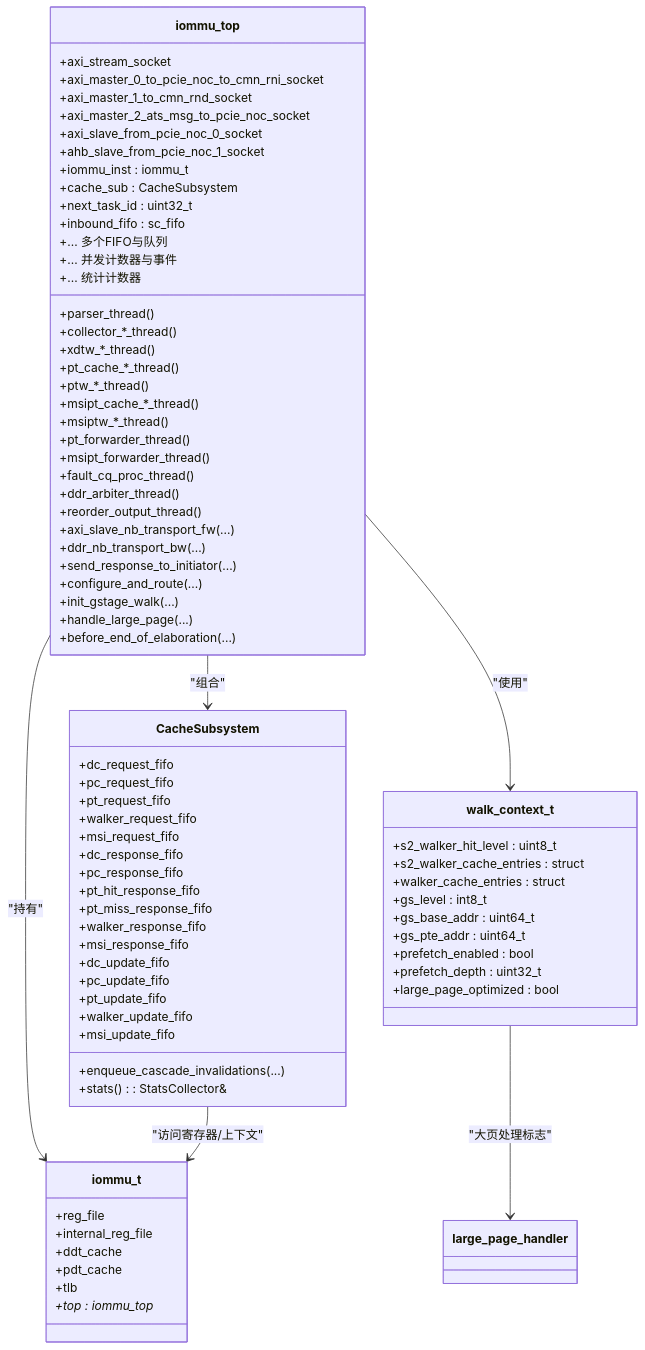
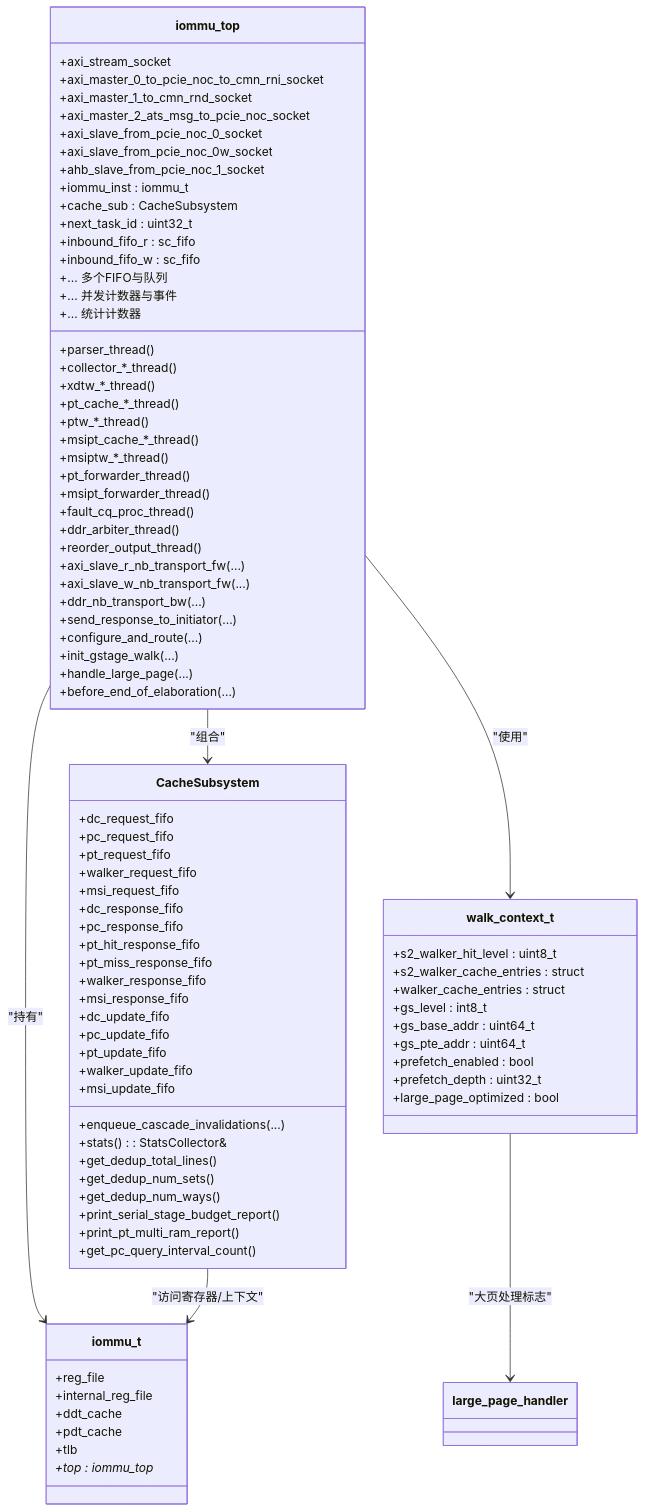
The third of 10 diagrams in .qoder/repowiki/zh/content/核心架构/顶层模块设计.md (jiangjiang1122/iommu_model_20260401_v1), drawn with Mermaid before and after one commit. The commit also changed other lines of this file and 55 other files, not shown here.

```diff
--- a/.qoder/repowiki/zh/content/核心架构/顶层模块设计.md
+++ b/.qoder/repowiki/zh/content/核心架构/顶层模块设计.md
@@ -179,11 +189,13 @@
 +axi_master_1_to_cmn_rnd_socket
 +axi_master_2_ats_msg_to_pcie_noc_socket
 +axi_slave_from_pcie_noc_0_socket
++axi_slave_from_pcie_noc_0w_socket
 +ahb_slave_from_pcie_noc_1_socket
 +iommu_inst : iommu_t
 +cache_sub : CacheSubsystem
 +next_task_id : uint32_t
-+inbound_fifo : sc_fifo<iommu_task_t*>
++inbound_fifo_r : sc_fifo<iommu_task_t*>
++inbound_fifo_w : sc_fifo<iommu_task_t*>
 +... 多个FIFO与队列
 +... 并发计数器与事件
 +... 统计计数器
@@ -199,7 +211,8 @@
 +fault_cq_proc_thread()
 +ddr_arbiter_thread()
 +reorder_output_thread()
-+axi_slave_nb_transport_fw(...)
++axi_slave_r_nb_transport_fw(...)
++axi_slave_w_nb_transport_fw(...)
 +ddr_nb_transport_bw(...)
 +send_response_to_initiator(...)
 +configure_and_route(...)
@@ -226,6 +239,12 @@
 +msi_update_fifo
 +enqueue_cascade_invalidations(...)
 +stats() : StatsCollector&
++get_dedup_total_lines()
++get_dedup_num_sets()
++get_dedup_num_ways()
++print_serial_stage_budget_report()
++print_pt_multi_ram_report()
++get_pc_query_interval_count()
 }
 class iommu_t {
 +reg_file
```
